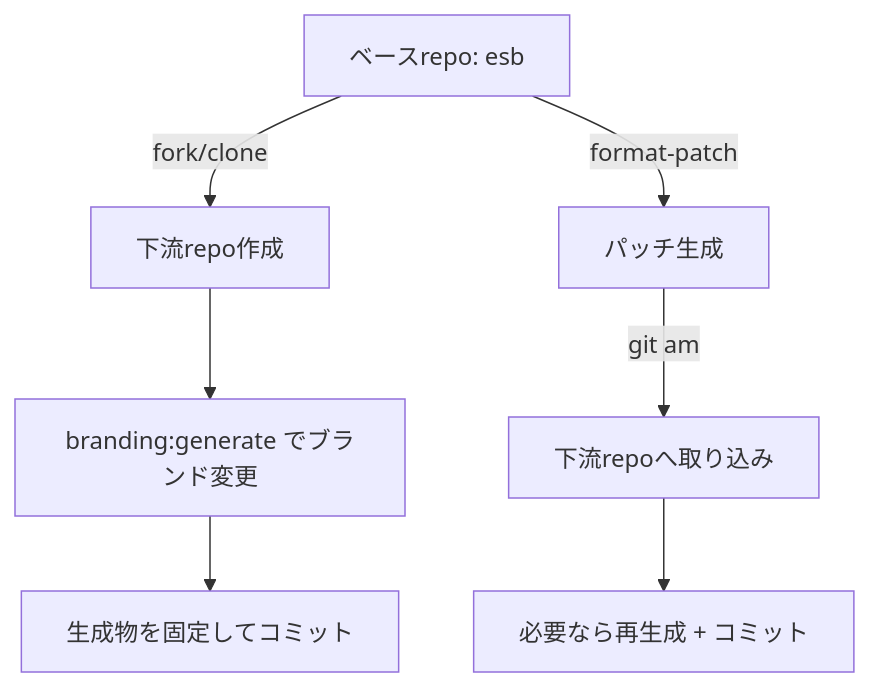
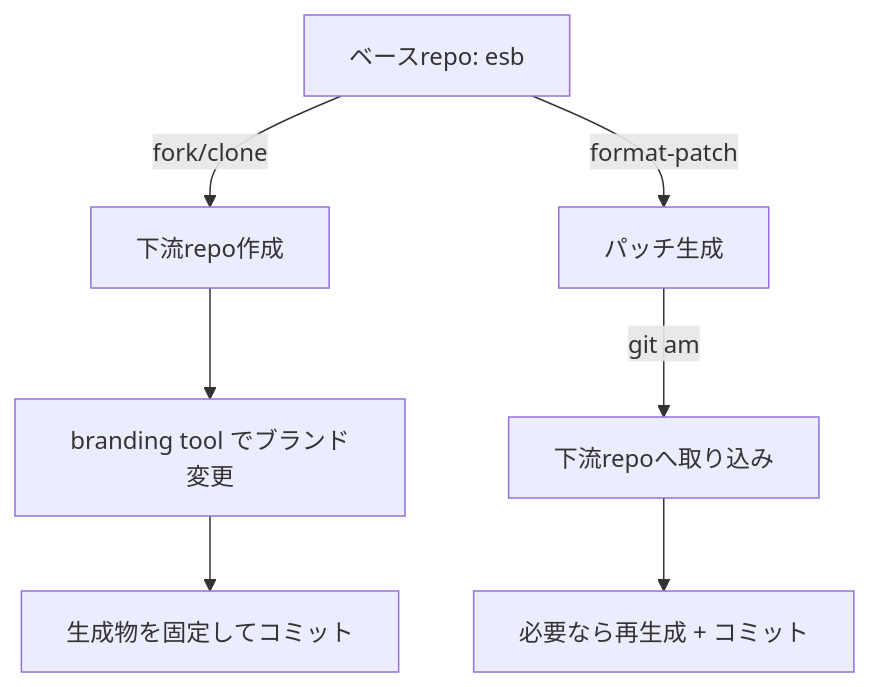
Before and after one commit to poruru-code/esb: the diagram in docs/downstream-branding-flow.md, drawn with Mermaid. The commit also changed other lines of this file and 29 other files, not shown here.

````diff
--- a/docs/downstream-branding-flow.md
+++ b/docs/downstream-branding-flow.md
@@ -15,9 +15,9 @@
 ```mermaid
 flowchart TD
   A[ベースrepo: esb] -->|fork/clone| B[下流repo作成]
-  B --> C[branding:generate でブランド変更]
+  B --> C[branding tool でブランド変更]
   C --> D[生成物を固定してコミット]
   A -->|format-patch| E[パッチ生成]
   E -->|git am| F[下流repoへ取り込み]
   F --> G[必要なら再生成 + コミット]
 ```
````
